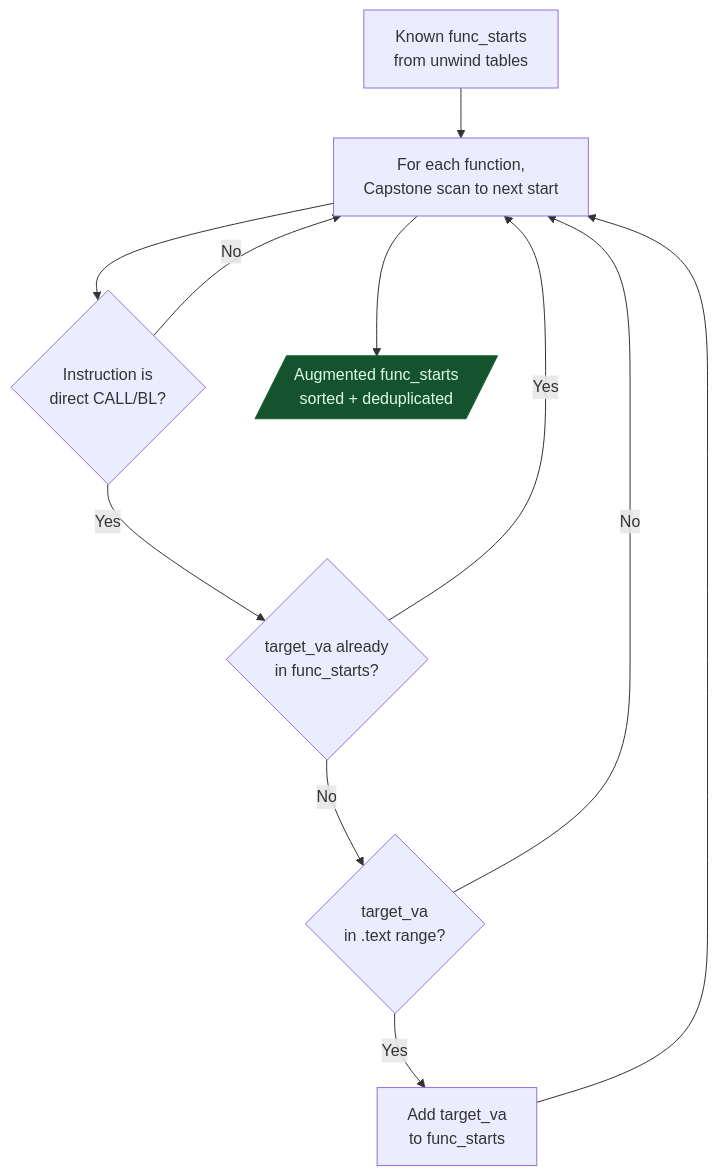
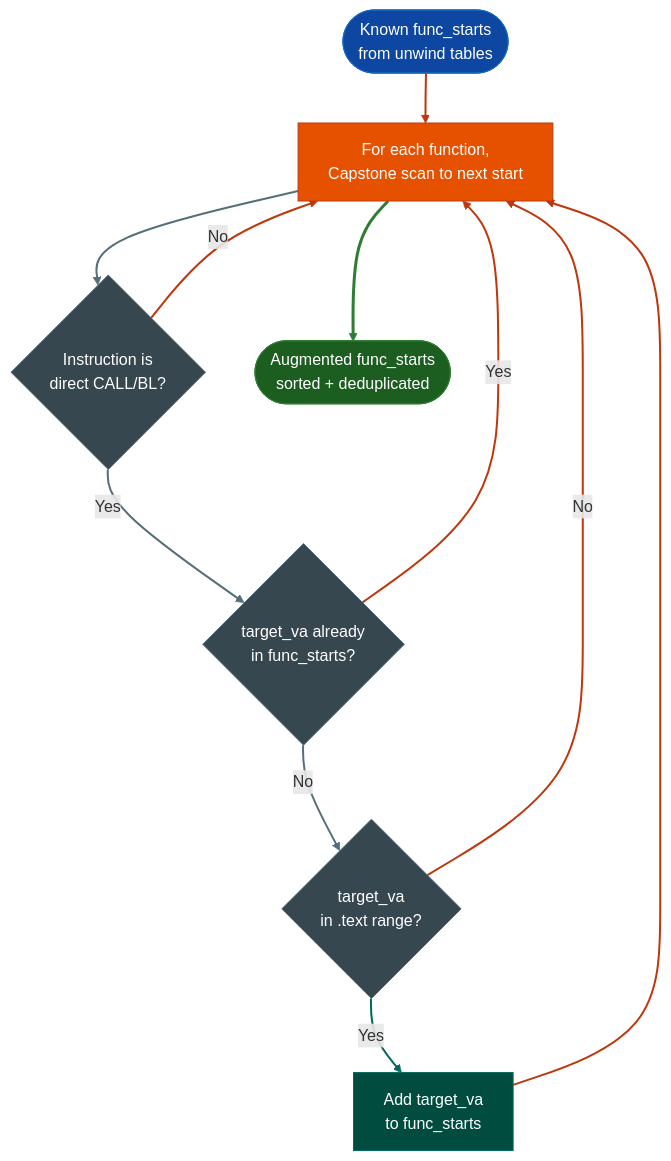
The second of 5 diagrams in docs/reference-modules/on-demand-analysis.md (Ablation-Tool/ablation), drawn with Mermaid before and after one commit. The commit also changed other lines of this file and 320 other files, not shown here.

First line of the commit message:
docs: apply canonical Mermaid template to all 321 diagrams

````diff
--- a/docs/reference-modules/on-demand-analysis.md
+++ b/docs/reference-modules/on-demand-analysis.md
@@ -119,15 +127,29 @@
 ```mermaid
 flowchart TD
-    A["Known func_starts\nfrom unwind tables"] --> B["For each function,\nCapstone scan to next start"]
-    B --> C{"Instruction is\ndirect CALL/BL?"}
-    C -->|No| B
-    C -->|Yes| D{"target_va already\nin func_starts?"}
-    D -->|Yes| B
-    D -->|No| E{"target_va\nin .text range?"}
-    E -->|No| B
-    E -->|Yes| F["Add target_va\nto func_starts"]
-    F --> B
-    B --> G[/"Augmented func_starts\nsorted + deduplicated"/]
-
-    style G fill:#14532d,stroke:#166534,color:#dcfce7
+    A(["Known func_starts\nfrom unwind tables"]):::input --> B["For each function,\nCapstone scan to next start"]:::primary
+    B:::primary --> C{"Instruction is\ndirect CALL/BL?"}:::neutral
+    C:::neutral -->|No| B:::primary
+    C:::neutral -->|Yes| D{"target_va already\nin func_starts?"}:::neutral
+    D:::neutral -->|Yes| B:::primary
+    D:::neutral -->|No| E{"target_va\nin .text range?"}:::neutral
+    E:::neutral -->|No| B:::primary
+    E:::neutral -->|Yes| F["Add target_va\nto func_starts"]:::secondary
+    F:::secondary --> B:::primary
+    B:::primary --> G(["Augmented func_starts\nsorted + deduplicated"]):::output
+    classDef input     fill:#0d47a1,stroke:#1565c0,color:#fff
+    classDef primary   fill:#e65100,stroke:#bf360c,color:#fff
+    classDef secondary fill:#004d40,stroke:#00695c,color:#fff
+    classDef tertiary  fill:#4a148c,stroke:#6a1b9a,color:#fff
+    classDef neutral   fill:#37474f,stroke:#546e7a,color:#fff
+    classDef output    fill:#1b5e20,stroke:#2e7d32,color:#fff
+    linkStyle 0 stroke:#bf360c,stroke-width:2px
+    linkStyle 1 stroke:#546e7a,stroke-width:2px
+    linkStyle 2 stroke:#bf360c,stroke-width:2px
+    linkStyle 3 stroke:#546e7a,stroke-width:2px
+    linkStyle 4 stroke:#bf360c,stroke-width:2px
+    linkStyle 5 stroke:#546e7a,stroke-width:2px
+    linkStyle 6 stroke:#bf360c,stroke-width:2px
+    linkStyle 7 stroke:#00695c,stroke-width:2px
+    linkStyle 8 stroke:#bf360c,stroke-width:2px
+    linkStyle 9 stroke:#2e7d32,stroke-width:3px
 ```
````
